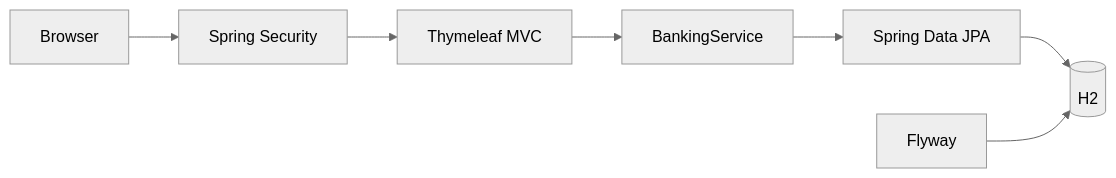
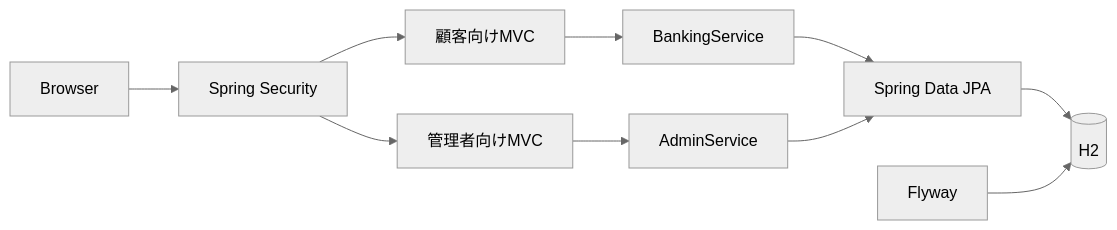
The diagram in README.md (nakapachi/modern-bank-demo), drawn with Mermaid (neutral theme) before and after one commit. The commit also changed other lines of this file and 42 other files, not shown here.

Commit message:
Add admin banking operations and PostgreSQL support

````diff
--- a/README.md
+++ b/README.md
@@ -31,9 +37,12 @@
 ```mermaid
 flowchart LR
     Browser --> Security[Spring Security]
-    Security --> Web[Thymeleaf MVC]
-    Web --> Service[BankingService]
+    Security --> Customer[顧客向けMVC]
+    Security --> Admin[管理者向けMVC]
+    Customer --> Service[BankingService]
+    Admin --> AdminService[AdminService]
     Service --> Repository[Spring Data JPA]
+    AdminService --> Repository
     Repository --> DB[(H2)]
     Flyway --> DB
 ```
````
